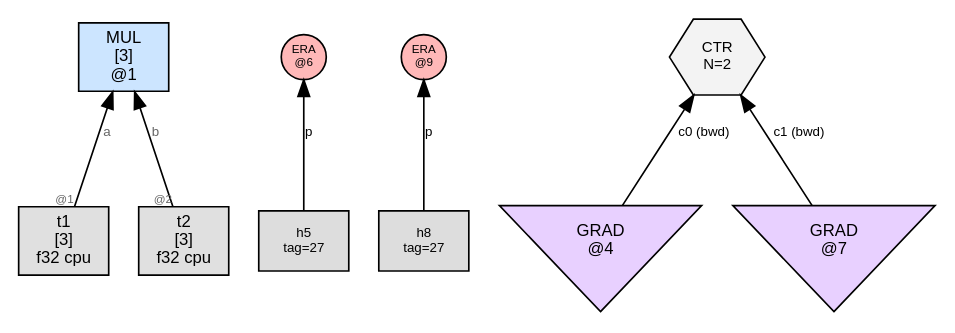
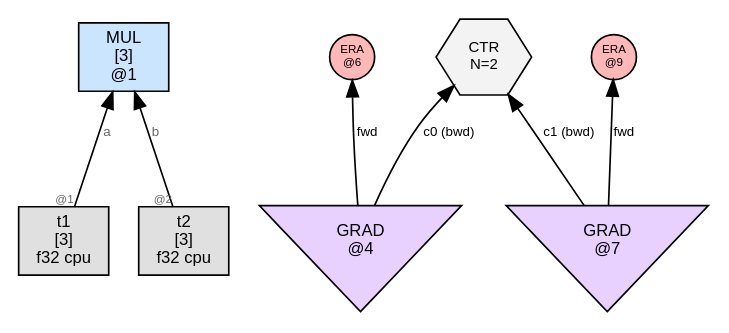
One commit to sw1sh/TinyHVM changed the diagram in wl/examples/thvm_graphs/grad_rules/bundle_multitarget/thvm_0_pre_reduce.dot. Above: the diagram before and after it, drawn with Graphviz. The commit also changed 16 other files, not shown here.

First line of the commit message:
grad: ERA-consumes-TAG_GF/GB renders as GRAD cell edge, not raw heap

```diff
--- a/wl/examples/thvm_graphs/grad_rules/bundle_multitarget/thvm_0_pre_reduce.dot
+++ b/wl/examples/thvm_graphs/grad_rules/bundle_multitarget/thvm_0_pre_reduce.dot
@@ -1,22 +1,20 @@
 digraph G {
   rankdir=BT;
   node [fontname="Helvetica", fontsize=10, style=filled, shape=box, margin="0.1,0.05"];
   edge [fontsize=8, fontname="Helvetica"];
 
   n1 [label="MUL\n[3]\n@1", shape=box, fillcolor="#cce5ff"];
   t1 [label="t1\n[3]\nf32 cpu",shape=box,fillcolor="#e0e0e0"];
   t1 -> n1 [label="a",taillabel="@1",labelfontsize=7,fontcolor="#666666"];
   t2 [label="t2\n[3]\nf32 cpu",shape=box,fillcolor="#e0e0e0"];
   t2 -> n1 [label="b",taillabel="@2",labelfontsize=7,fontcolor="#666666"];
   era6 [label="ERA\n@6",shape=circle,width=0.38,height=0.38,fixedsize=true,fillcolor="#ffb8b8",fontsize=7];
-  h5 [label="h5\ntag=27", shape=box, fillcolor="#dddddd", fontsize=8];
-  h5 -> era6 [label="p"];
+  grad4 [label="GRAD\n@4", shape=invtriangle, fillcolor="#e8d0ff"];
+  grad4 -> era6 [label="fwd"];
   era9 [label="ERA\n@9",shape=circle,width=0.38,height=0.38,fixedsize=true,fillcolor="#ffb8b8",fontsize=7];
-  h8 [label="h8\ntag=27", shape=box, fillcolor="#dddddd", fontsize=8];
-  h8 -> era9 [label="p"];
+  grad7 [label="GRAD\n@7", shape=invtriangle, fillcolor="#e8d0ff"];
+  grad7 -> era9 [label="fwd"];
   ctr12 [label="CTR\nN=2", shape=hexagon, fillcolor="#f3f3f3", fontsize=9];
-  grad4 [label="GRAD\n@4", shape=invtriangle, fillcolor="#e8d0ff"];
   grad4 -> ctr12 [label="c0 (bwd)"];
-  grad7 [label="GRAD\n@7", shape=invtriangle, fillcolor="#e8d0ff"];
   grad7 -> ctr12 [label="c1 (bwd)"];
 }
```
